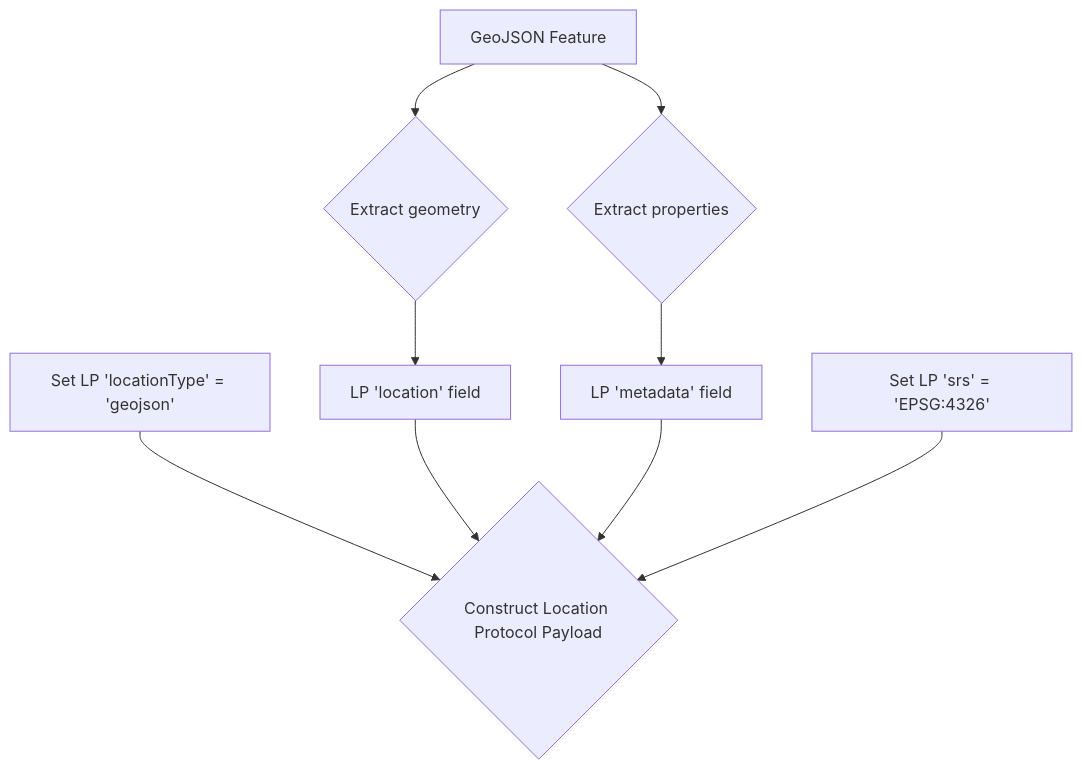
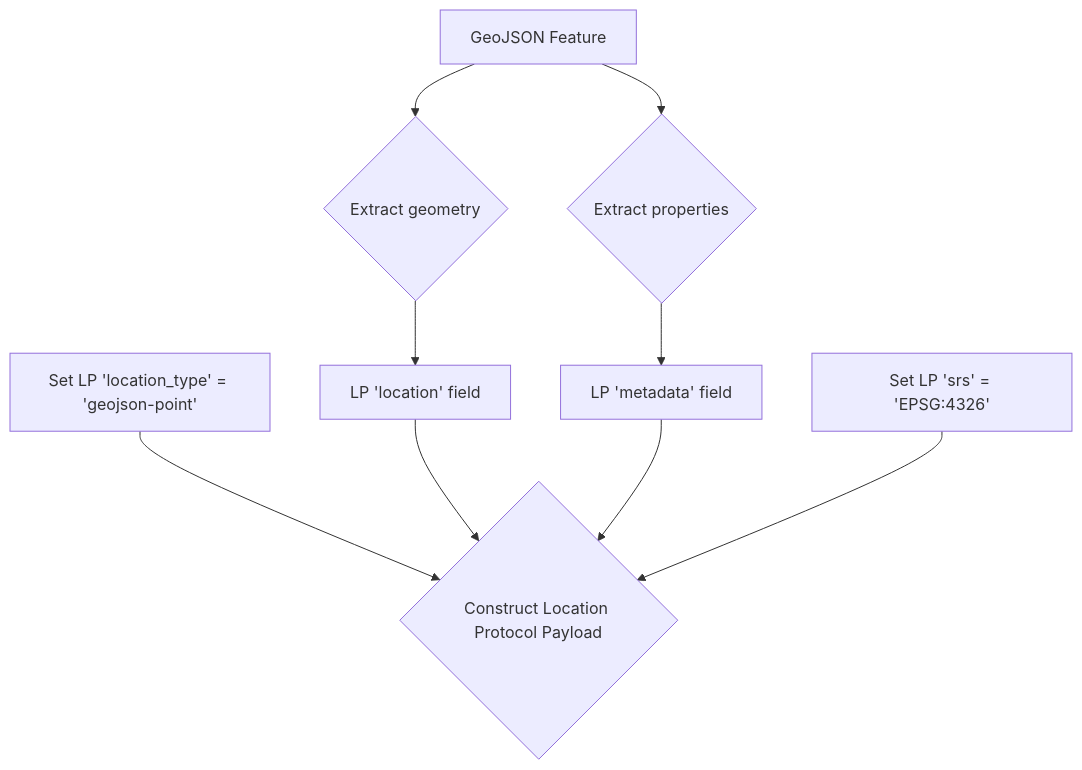
The diagram in docs/spec-page/appendices/geojson-alignment.md (DecentralizedGeo/location-protocol-spec), drawn with Mermaid before and after one commit. The commit also changed other lines of this file and 5 other files, not shown here.

````diff
--- a/docs/spec-page/appendices/geojson-alignment.md
+++ b/docs/spec-page/appendices/geojson-alignment.md
@@ -72,11 +72,11 @@
 ```mermaid
 graph TD
     A[GeoJSON Feature] --> B{Extract geometry};
     A --> C{Extract properties};
     B --> D[LP 'location' field];
     C --> E[LP 'metadata' field];
-    F[Set LP 'locationType' = 'geojson'] --> G{Construct Location Protocol Payload};
+    F[Set LP 'location_type' = 'geojson-point'] --> G{Construct Location Protocol Payload};
     D --> G;
     E --> G;
     H[Set LP 'srs' = 'EPSG:4326'] --> G;
 ```
````
